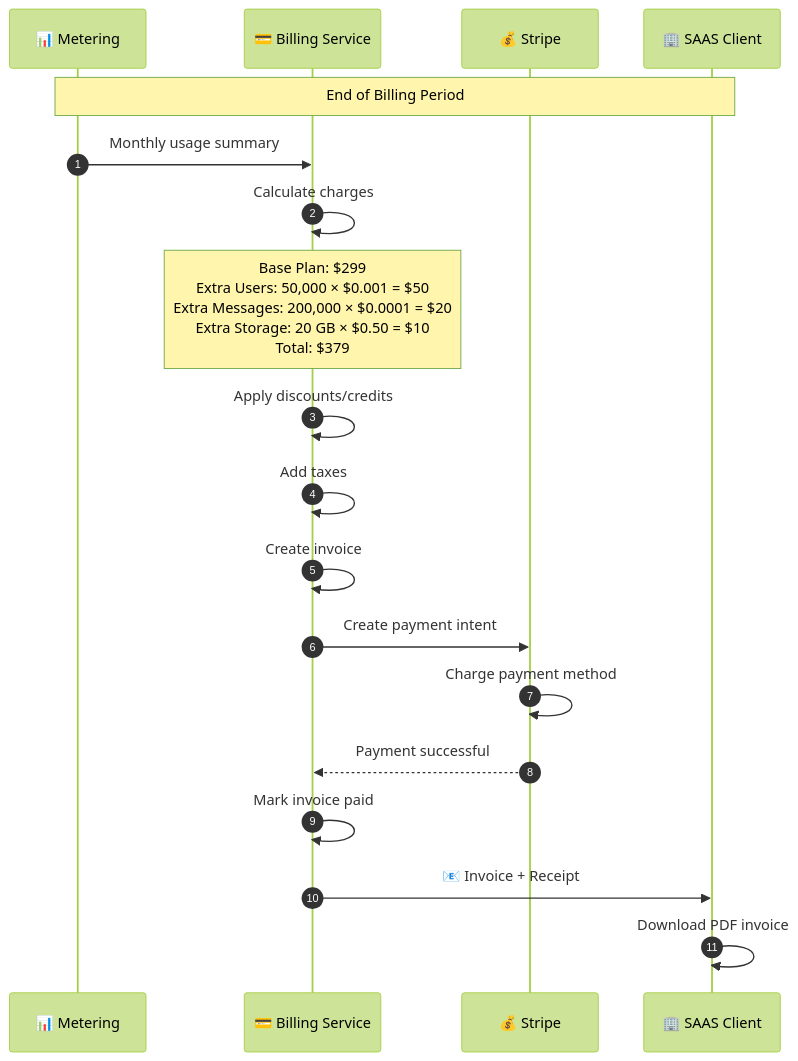
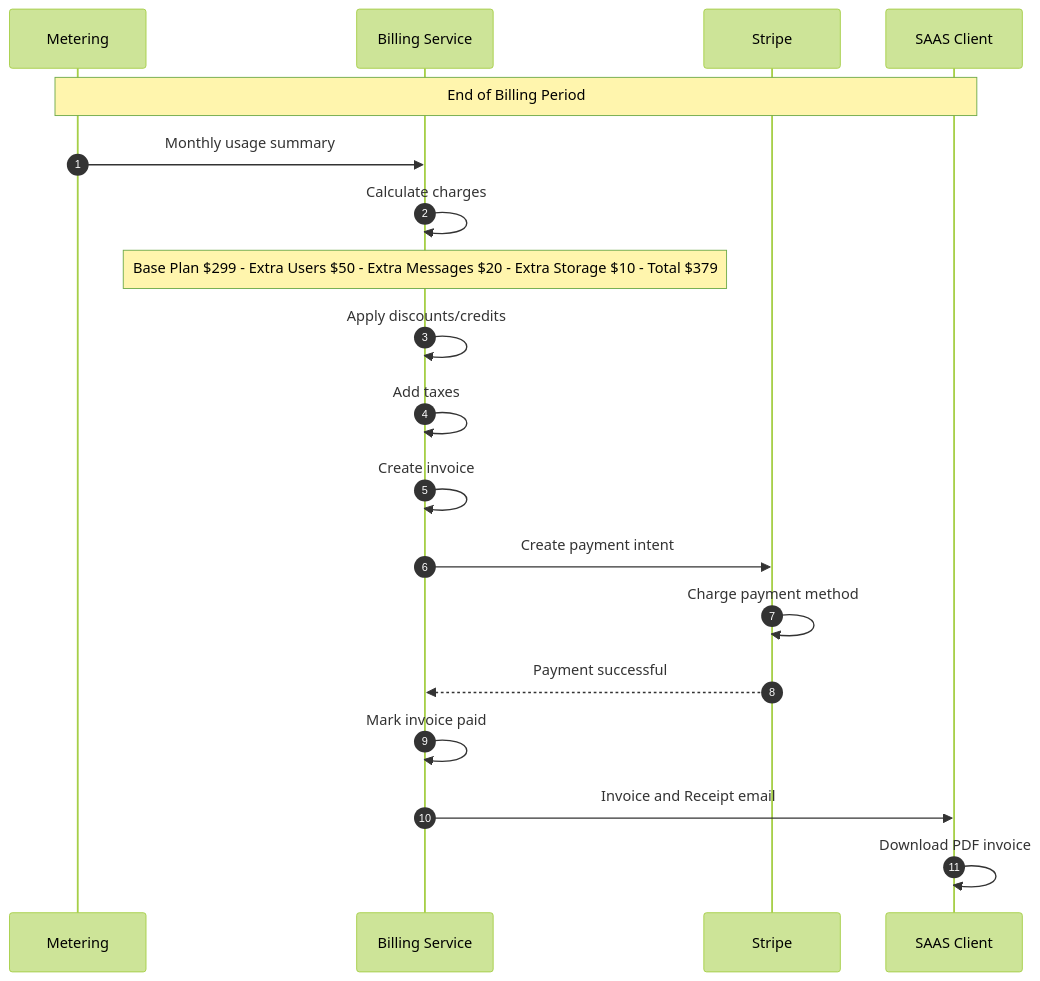
Before and after one commit to AtharvaBansod/CAAS: diagram 33 of 40 in docs/COMPLETE_PLATFORM_VISUAL_GUIDE.md, drawn with Mermaid (forest theme). The commit also changed other lines of this file, not shown here.

````diff
--- a/docs/COMPLETE_PLATFORM_VISUAL_GUIDE.md
+++ b/docs/COMPLETE_PLATFORM_VISUAL_GUIDE.md
@@ -1335,28 +1367,28 @@
 ```mermaid
 sequenceDiagram
     autonumber
-    participant METER as 📊 Metering
-    participant BILLING as 💳 Billing Service
-    participant STRIPE as 💰 Stripe
-    participant CLIENT as 🏢 SAAS Client
+    participant METER as Metering
+    participant BILLING as Billing Service
+    participant STRIPE as Stripe
+    participant CLIENT as SAAS Client
     
     Note over METER,CLIENT: End of Billing Period
     
     METER->>BILLING: Monthly usage summary
     BILLING->>BILLING: Calculate charges
     
-    Note over BILLING: Base Plan: $299<br/>Extra Users: 50,000 × $0.001 = $50<br/>Extra Messages: 200,000 × $0.0001 = $20<br/>Extra Storage: 20 GB × $0.50 = $10<br/>Total: $379
+    Note over BILLING: Base Plan $299 - Extra Users $50 - Extra Messages $20 - Extra Storage $10 - Total $379
     
     BILLING->>BILLING: Apply discounts/credits
     BILLING->>BILLING: Add taxes
     BILLING->>BILLING: Create invoice
     
     BILLING->>STRIPE: Create payment intent
     STRIPE->>STRIPE: Charge payment method
     STRIPE-->>BILLING: Payment successful
     
     BILLING->>BILLING: Mark invoice paid
-    BILLING->>CLIENT: 📧 Invoice + Receipt
+    BILLING->>CLIENT: Invoice and Receipt email
     
     CLIENT->>CLIENT: Download PDF invoice
 ```
````
